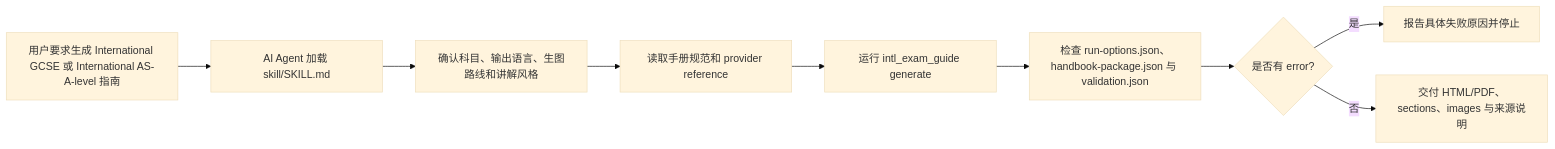
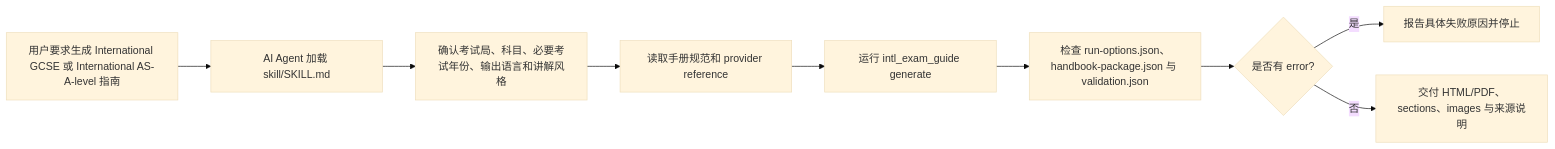
The second of 2 diagrams in docs/SKILL_EXPLAINED.md (ethanzhangliang-creator/international-exam-guide), drawn with Mermaid (base theme) before and after one commit. The commit also changed other lines of this file and 7 other files, not shown here.

````diff
--- a/docs/SKILL_EXPLAINED.md
+++ b/docs/SKILL_EXPLAINED.md
@@ -78,11 +81,11 @@
 ```mermaid
 flowchart LR
   A["用户要求生成 International GCSE 或 International AS-A-level 指南"] --> B["AI Agent 加载 skill/SKILL.md"]
-  B --> C["确认科目、输出语言、生图路线和讲解风格"]
+  B --> C["确认考试局、科目、必要考试年份、输出语言和讲解风格"]
   C --> D["读取手册规范和 provider reference"]
   D --> E["运行 intl_exam_guide generate"]
   E --> F["检查 run-options.json、handbook-package.json 与 validation.json"]
   F --> G{"是否有 error?"}
   G -->|是| H["报告具体失败原因并停止"]
   G -->|否| I["交付 HTML/PDF、sections、images 与来源说明"]
 ```
````
